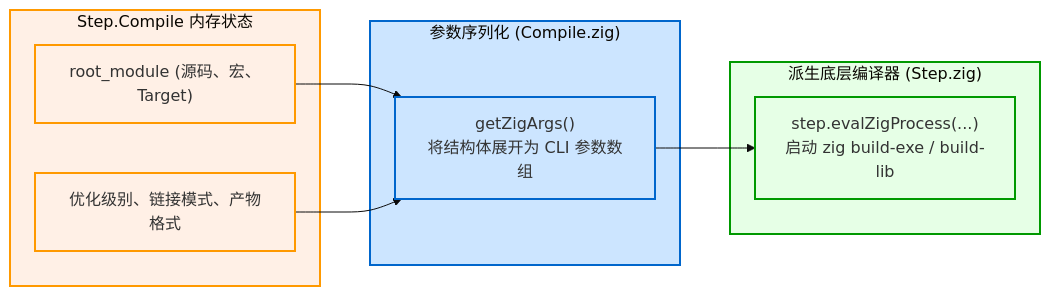
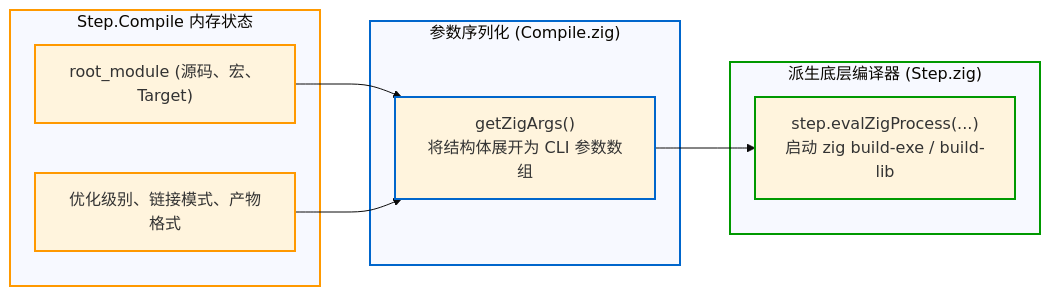
The diagram in zig-build/src/internals/step-compile-internals.md (jiacai2050/x), drawn with Mermaid (base theme) before and after one commit. The commit also changed 65 other files, not shown here.

````diff
--- a/zig-build/src/internals/step-compile-internals.md
+++ b/zig-build/src/internals/step-compile-internals.md
@@ -11,28 +11,28 @@
 ```mermaid
 graph LR
     subgraph Step_State ["Step.Compile 内存状态"]
         S_Mod["root_module (源码、宏、Target)"]
         S_Opts["优化级别、链接模式、产物格式"]
     end
 
     subgraph Serializer ["参数序列化 (Compile.zig)"]
         G_Args["getZigArgs()<br/>将结构体展开为 CLI 参数数组"]
     end
 
     subgraph Spawn_Proc ["派生底层编译器 (Step.zig)"]
         E_Proc["step.evalZigProcess(...)<br/>启动 zig build-exe / build-lib"]
     end
 
     S_Mod --> G_Args
     S_Opts --> G_Args
     G_Args --> E_Proc
 
-    classDef default fill:#f8f9fa,stroke:#495057;
-    style Step_State fill:#fff0e6,stroke:#ff9900,stroke-width:2px;
-    style Serializer fill:#cce5ff,stroke:#0066cc,stroke-width:2px;
-    style Spawn_Proc fill:#e6ffe6,stroke:#009900,stroke-width:2px;
-    style S_Mod fill:#fff0e6,stroke:#ff9900,stroke-width:2px;
-    style S_Opts fill:#fff0e6,stroke:#ff9900,stroke-width:2px;
-    style G_Args fill:#cce5ff,stroke:#0066cc,stroke-width:2px;
-    style E_Proc fill:#e6ffe6,stroke:#009900,stroke-width:2px;
+    classDef default stroke:#495057;
+    style Step_State stroke:#ff9900,stroke-width:2px;
+    style Serializer stroke:#0066cc,stroke-width:2px;
+    style Spawn_Proc stroke:#009900,stroke-width:2px;
+    style S_Mod stroke:#ff9900,stroke-width:2px;
+    style S_Opts stroke:#ff9900,stroke-width:2px;
+    style G_Args stroke:#0066cc,stroke-width:2px;
+    style E_Proc stroke:#009900,stroke-width:2px;
 ```
````
